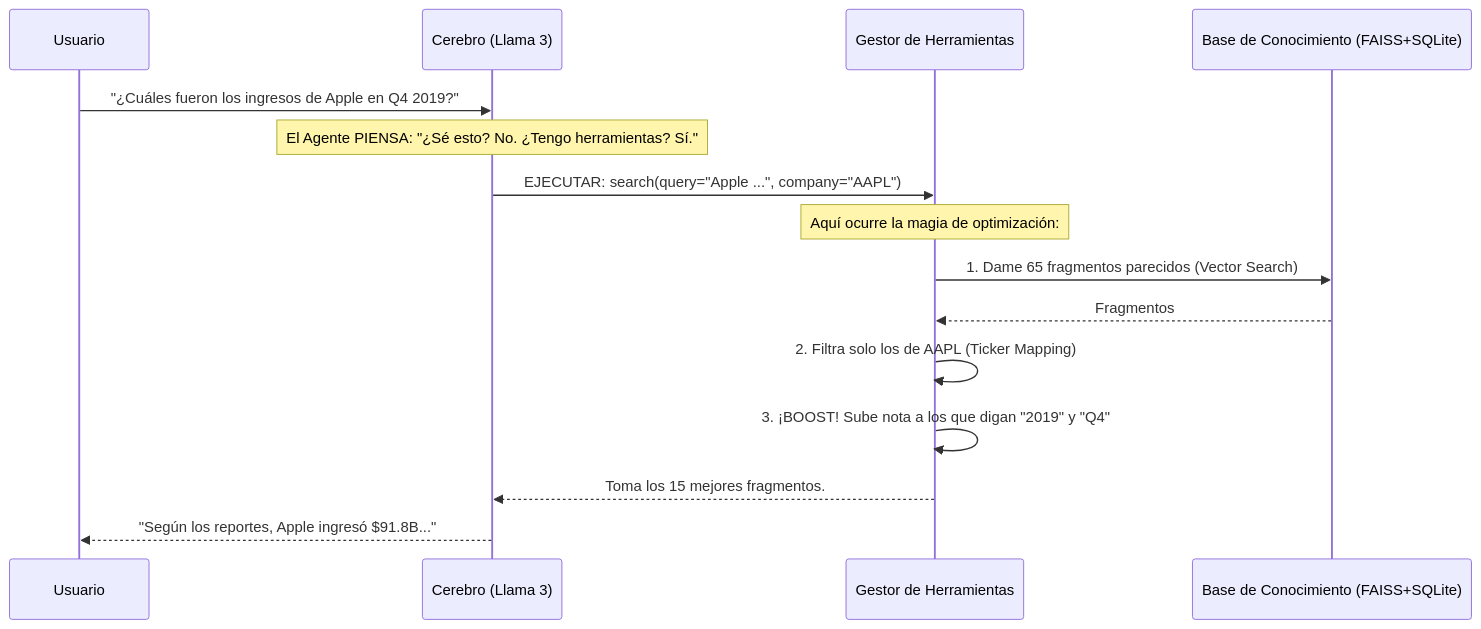
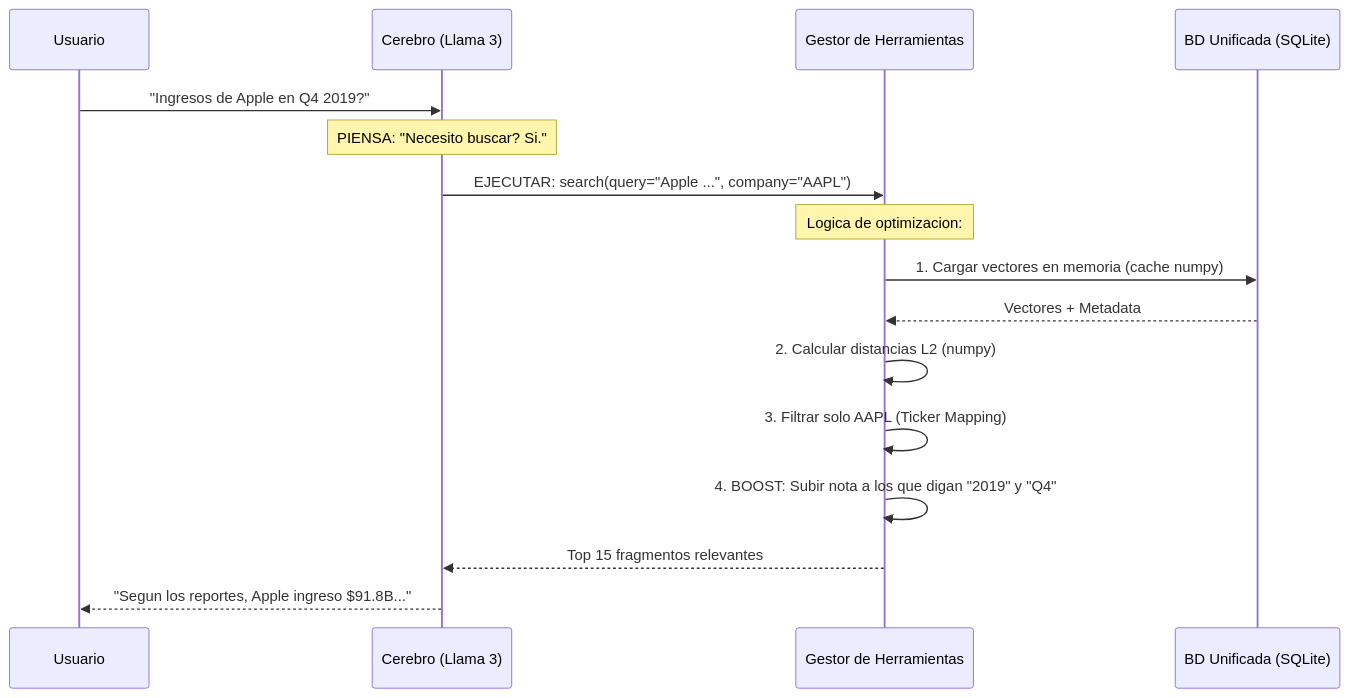
The diagram in docs/architecture.md (alvaroiniguezdisla/Arquitectura_rag_earnings_NSDQ), drawn with Mermaid before and after one commit. The commit also changed other lines of this file and 31 other files, not shown here.

````diff
--- a/docs/architecture.md
+++ b/docs/architecture.md
@@ -46,20 +40,21 @@
 ```mermaid
 sequenceDiagram
     participant U as Usuario
     participant Agente as Cerebro (Llama 3)
     participant Tools as Gestor de Herramientas
-    participant DB as Base de Conocimiento (FAISS+SQLite)
+    participant DB as BD Unificada (SQLite)
 
-    U->>Agente: "¿Cuáles fueron los ingresos de Apple en Q4 2019?"
-    Note over Agente: El Agente PIENSA: "¿Sé esto? No. ¿Tengo herramientas? Sí."
+    U->>Agente: "Ingresos de Apple en Q4 2019?"
+    Note over Agente: PIENSA: "Necesito buscar? Si."
     Agente->>Tools: EJECUTAR: search(query="Apple ...", company="AAPL")
-    
-    Note over Tools: Aquí ocurre la magia de optimización:
-    Tools->>DB: 1. Dame 65 fragmentos parecidos (Vector Search)
-    DB-->>Tools: Fragmentos
-    Tools->>Tools: 2. Filtra solo los de AAPL (Ticker Mapping)
-    Tools->>Tools: 3. ¡BOOST! Sube nota a los que digan "2019" y "Q4"
-    
-    Tools-->>Agente: Toma los 15 mejores fragmentos.
-    Agente-->>U: "Según los reportes, Apple ingresó $91.8B..."
+
+    Note over Tools: Logica de optimizacion:
+    Tools->>DB: 1. Cargar vectores en memoria (cache numpy)
+    DB-->>Tools: Vectores + Metadata
+    Tools->>Tools: 2. Calcular distancias L2 (numpy)
+    Tools->>Tools: 3. Filtrar solo AAPL (Ticker Mapping)
+    Tools->>Tools: 4. BOOST: Subir nota a los que digan "2019" y "Q4"
+
+    Tools-->>Agente: Top 15 fragmentos relevantes
+    Agente-->>U: "Segun los reportes, Apple ingreso $91.8B..."
 ```
````
